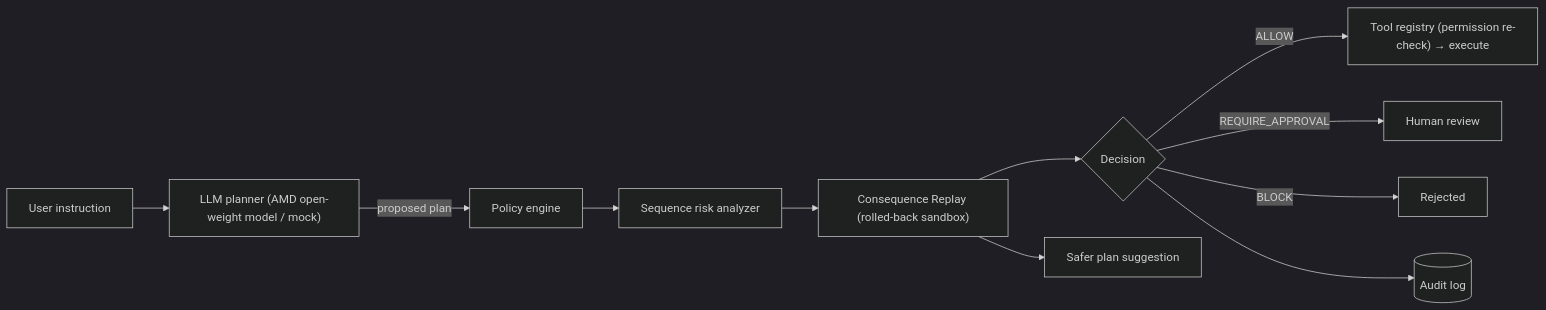
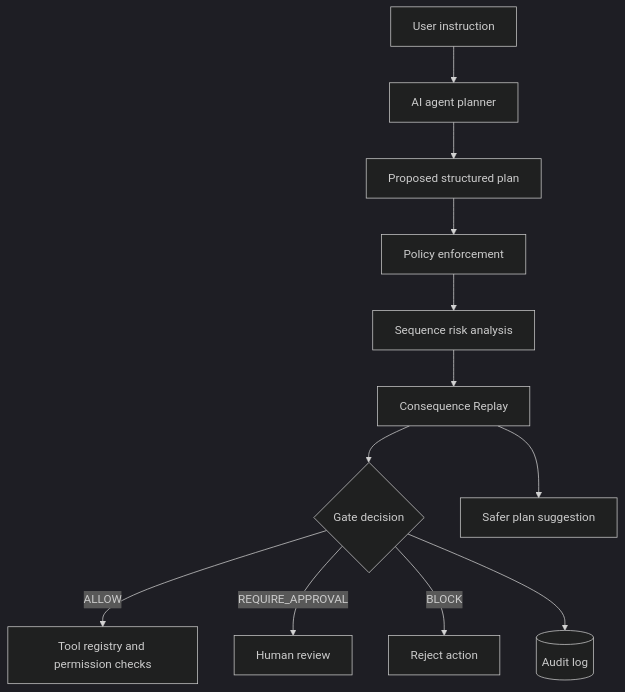
Before and after one commit to nimrafaryal/action-gate: the diagram in README.md, drawn with Mermaid (dark theme). The commit also changed other lines of this file, not shown here.

````diff
--- a/README.md
+++ b/README.md
@@ -34,13 +70,14 @@
 ```mermaid
-flowchart LR
-  U[User instruction] --> M["LLM planner (AMD open-weight model / mock)"]
-  M -->|proposed plan| P[Policy engine]
-  P --> R[Sequence risk analyzer]
-  R --> C["Consequence Replay (rolled-back sandbox)"]
-  C --> D{Decision}
-  D -->|ALLOW| X["Tool registry (permission re-check) → execute"]
-  D -->|REQUIRE_APPROVAL| H[Human review]
-  D -->|BLOCK| B[Rejected]
-  C --> S[Safer plan suggestion]
-  D --> A[(Audit log)]
+flowchart TD
+    U[User instruction] --> A[AI agent planner]
+    A --> P[Proposed structured plan]
+    P --> G[Policy enforcement]
+    G --> R[Sequence risk analysis]
+    R --> C[Consequence Replay]
+    C --> D{Gate decision}
+    D -->|ALLOW| T[Tool registry and permission checks]
+    D -->|REQUIRE_APPROVAL| H[Human review]
+    D -->|BLOCK| B[Reject action]
+    C --> S[Safer plan suggestion]
+    D --> L[(Audit log)]
 ```
````
